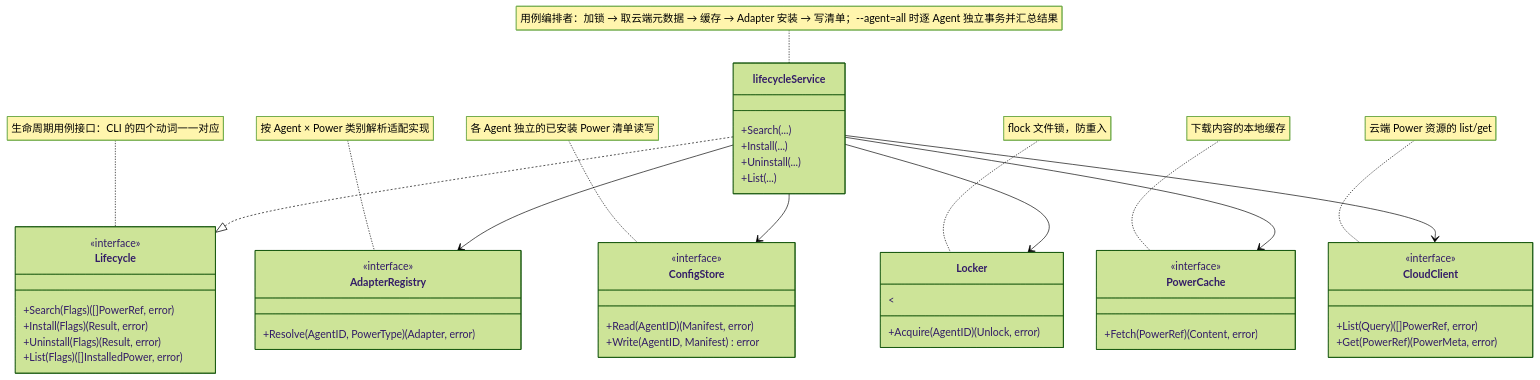
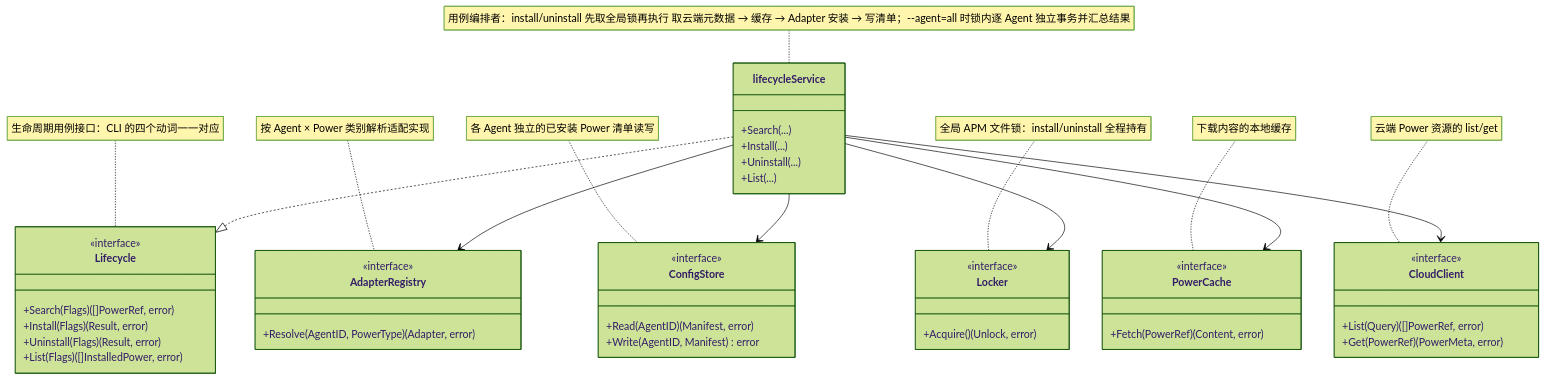
One commit to spacemit-com/agent-power-manager changed the diagram in ivory-tower/c4/components/apm-cli-diagrams/core-lifecycle.mmd. Above: the diagram before and after it, drawn with Mermaid (forest theme). The commit also changed 2 other files, not shown here.

Commit message:
fix: use global lock during install/uninstall

```diff
--- a/ivory-tower/c4/components/apm-cli-diagrams/core-lifecycle.mmd
+++ b/ivory-tower/c4/components/apm-cli-diagrams/core-lifecycle.mmd
@@ -1,56 +1,56 @@
 classDiagram
     note for Lifecycle "生命周期用例接口：CLI 的四个动词一一对应"
     class Lifecycle {
         <<interface>>
         +Search(Flags) ([]PowerRef, error)
         +Install(Flags) (Result, error)
         +Uninstall(Flags) (Result, error)
         +List(Flags) ([]InstalledPower, error)
     }
 
-    note for lifecycleService "用例编排者：加锁 → 取云端元数据 → 缓存 → Adapter 安装 → 写清单；--agent=all 时逐 Agent 独立事务并汇总结果"
+    note for lifecycleService "用例编排者：install/uninstall 先取全局锁再执行 取云端元数据 → 缓存 → Adapter 安装 → 写清单；--agent=all 时锁内逐 Agent 独立事务并汇总结果"
     class lifecycleService {
         +Search(...)
         +Install(...)
         +Uninstall(...)
         +List(...)
     }
 
     note for AdapterRegistry "按 Agent × Power 类别解析适配实现"
     class AdapterRegistry {
         <<interface>>
         +Resolve(AgentID, PowerType) (Adapter, error)
     }
 
     note for ConfigStore "各 Agent 独立的已安装 Power 清单读写"
     class ConfigStore {
         <<interface>>
         +Read(AgentID) (Manifest, error)
         +Write(AgentID, Manifest) error
     }
 
-    note for Locker "flock 文件锁，防重入"
+    note for Locker "全局 APM 文件锁：install/uninstall 全程持有"
     class Locker {
-        <<interface>
-        +Acquire(AgentID) (Unlock, error)
+        <<interface>>
+        +Acquire() (Unlock, error)
     }
 
     note for PowerCache "下载内容的本地缓存"
     class PowerCache {
         <<interface>>
         +Fetch(PowerRef) (Content, error)
     }
 
     note for CloudClient "云端 Power 资源的 list/get"
     class CloudClient {
         <<interface>>
         +List(Query) ([]PowerRef, error)
         +Get(PowerRef) (PowerMeta, error)
     }
 
     lifecycleService ..|> Lifecycle
     lifecycleService --> AdapterRegistry
     lifecycleService --> ConfigStore
     lifecycleService --> Locker
     lifecycleService --> PowerCache
     lifecycleService --> CloudClient
```
